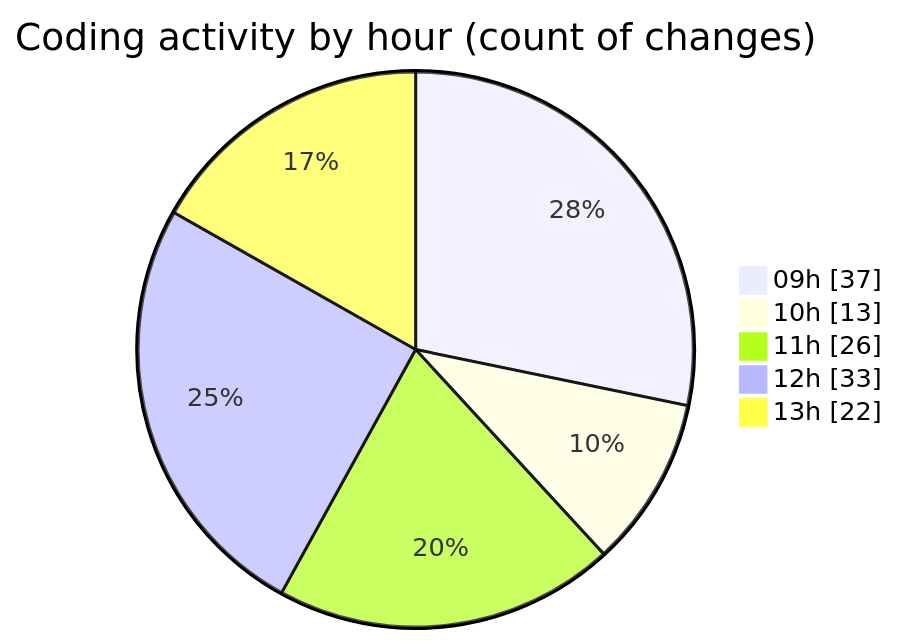
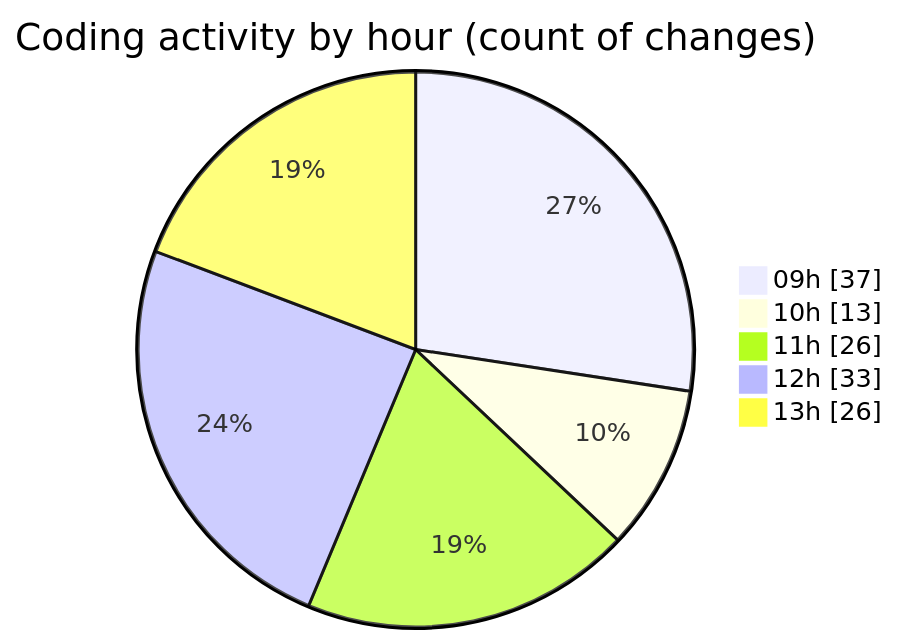
One commit to momahboobian/code-tracking changed the second of 2 diagrams in 2026-04-23/cda/README.md. Above: the diagram before and after it, drawn with Mermaid. The commit also changed other lines of this file and 1 other file, not shown here.

````diff
--- a/2026-04-23/cda/README.md
+++ b/2026-04-23/cda/README.md
@@ -53,9 +53,9 @@
 ```mermaid
 pie showData
 title Coding activity by hour (count of changes)
 "09h" : 37
 "10h" : 13
 "11h" : 26
 "12h" : 33
-"13h" : 22
+"13h" : 26
 ```
````
